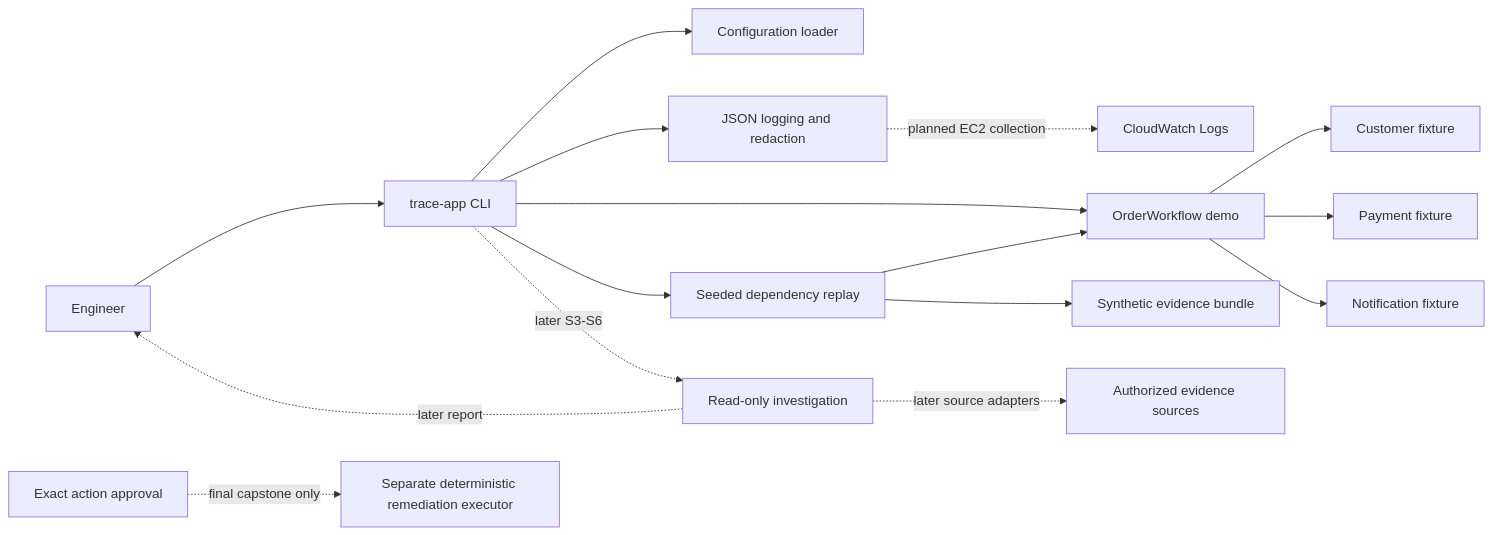
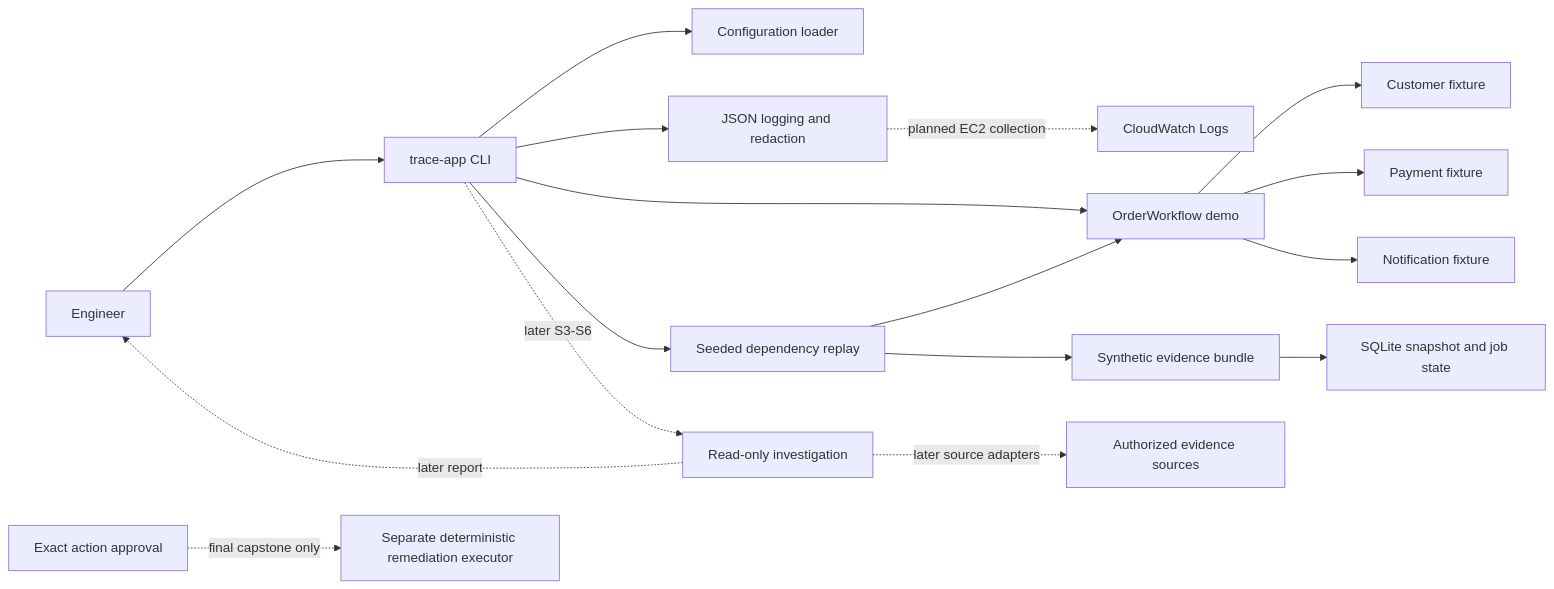
Before and after one commit to krispykrits/TRACE: the diagram in docs/architecture/README.md, drawn with Mermaid. The commit also changed other lines of this file and 18 other files, not shown here.

Commit message:
Persist synthetic evidence and investigation state in SQLite

````diff
--- a/docs/architecture/README.md
+++ b/docs/architecture/README.md
@@ -5,18 +5,19 @@
 ```mermaid
 flowchart LR
     User[Engineer] --> CLI[trace-app CLI]
     CLI --> Config[Configuration loader]
     CLI --> Log[JSON logging and redaction]
     CLI --> Demo[OrderWorkflow demo]
     CLI --> Replay[Seeded dependency replay]
     Replay --> Demo
     Replay --> Evidence[Synthetic evidence bundle]
+    Evidence --> Store[SQLite snapshot and job state]
     Demo --> Customer[Customer fixture]
     Demo --> Payment[Payment fixture]
     Demo --> Notification[Notification fixture]
     Log -. planned EC2 collection .-> CW[CloudWatch Logs]
     CLI -. later S3-S6 .-> Investigation[Read-only investigation]
     Investigation -. later source adapters .-> Sources[Authorized evidence sources]
     Investigation -. later report .-> User
     Approved[Exact action approval] -. final capstone only .-> Executor[Separate deterministic remediation executor]
 ```
````
